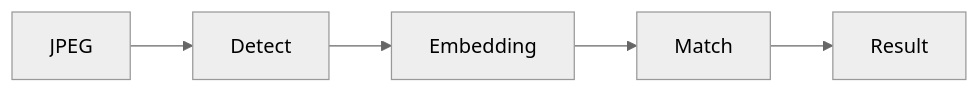
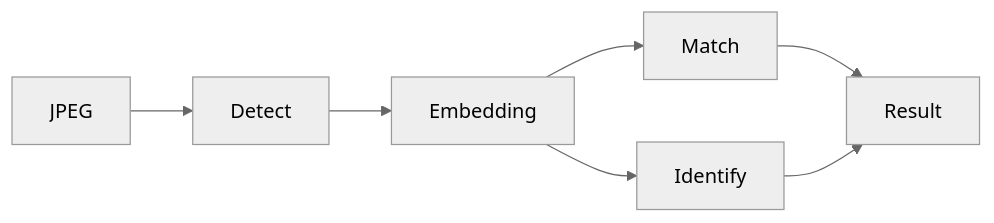
Before and after one commit to gentlebear0988/faceplugin-docs: the diagram in faceplugin-docs/products/face-recognition-sdk/recognition/server-sdk/README.md, drawn with Mermaid (neutral theme). The commit also changed other lines of this file and 46 other files, not shown here.

````diff
--- a/faceplugin-docs/products/face-recognition-sdk/recognition/server-sdk/README.md
+++ b/faceplugin-docs/products/face-recognition-sdk/recognition/server-sdk/README.md
@@ -19,7 +21,9 @@
 ```mermaid
 flowchart LR
   JPEG --> Detect
   Detect --> Embedding
   Embedding --> Match
+  Embedding --> Identify
   Match --> Result
+  Identify --> Result
 ```
````
